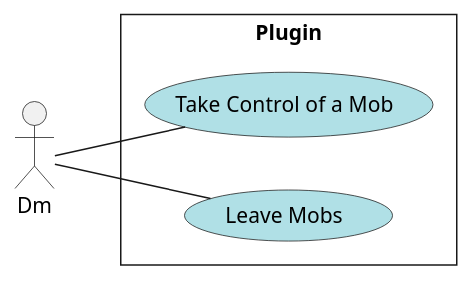
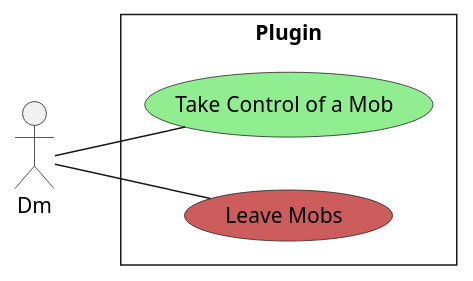
One commit to Jean-Lamarre/Johnytech6s_Plugin changed the diagram in docs/Model/dcu-control-mobs.plantuml. Above: the diagram before and after it, drawn with PlantUML.

Commit message:
REAL test on link of Readme and plantuml

```diff
--- a/docs/Model/dcu-control-mobs.plantuml
+++ b/docs/Model/dcu-control-mobs.plantuml
@@ -1,13 +1,13 @@
 @startuml
 left to right direction
 skinparam style strictuml
 skinparam packageStyle rect
 skinparam defaultfontname Verdana
 actor Dm as dm
 rectangle "Plugin" {
-  (Take Control of a Mob) as JP #powderblue
-  (Leave Mobs) as R #powderblue
+  (Take Control of a Mob) as JP #LightGreen
+  (Leave Mobs) as R #IndianRed
   dm -- JP
   dm -- R
 }
 @enduml
```
